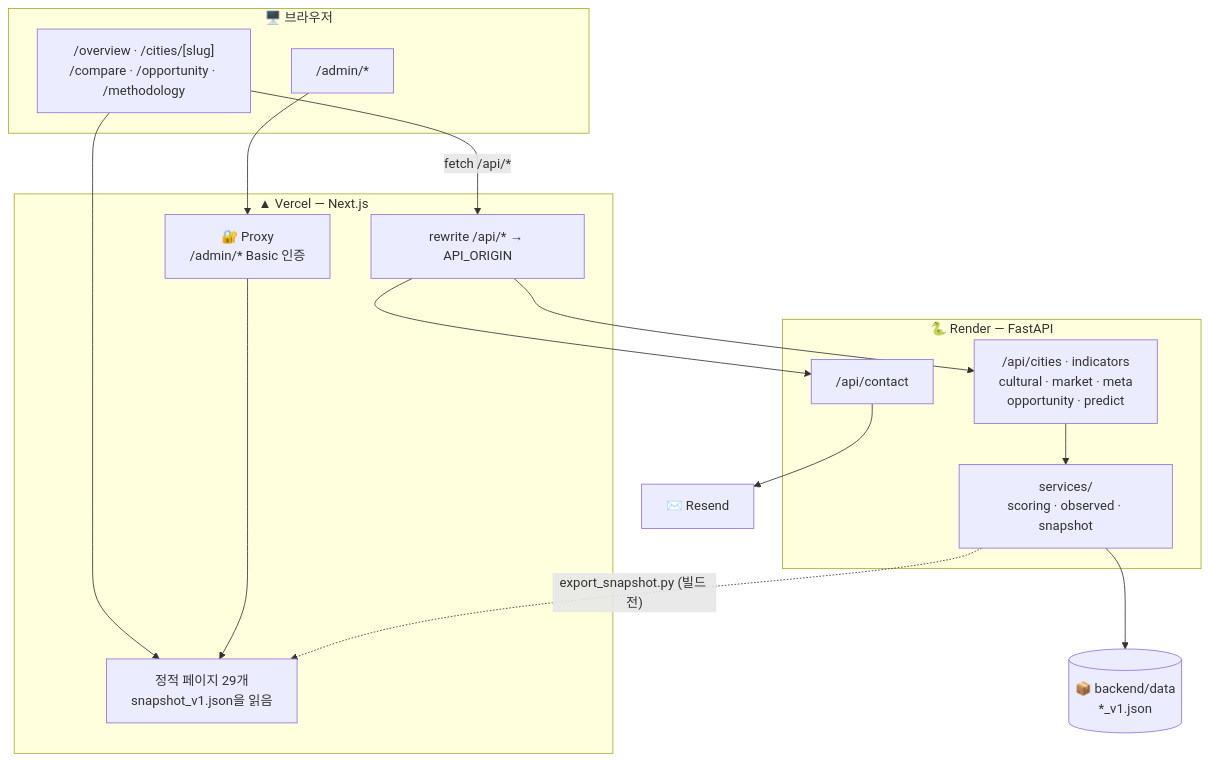
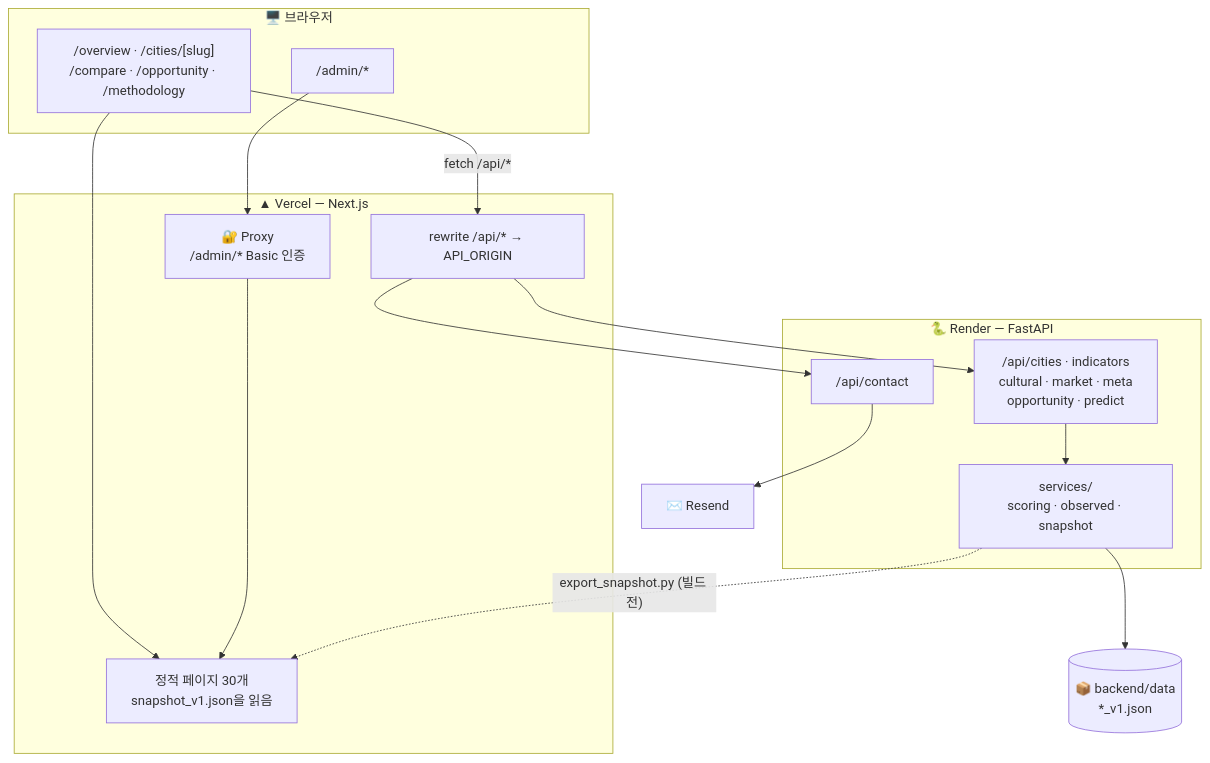
The first of 6 diagrams in README.md (beang66/art-city-intelligence), drawn with Mermaid before and after one commit. The commit also changed other lines of this file and 18 other files, not shown here.

````diff
--- a/README.md
+++ b/README.md
@@ -140,25 +140,25 @@
 ```mermaid
 flowchart TB
     subgraph Client["🖥️ 브라우저"]
         PG["/overview · /cities/[slug]<br>/compare · /opportunity · /methodology"]
         AD["/admin/*"]
     end
     subgraph Vercel["▲ Vercel — Next.js"]
         PX["🔐 Proxy<br>/admin/* Basic 인증"]
-        SSG["정적 페이지 29개<br>snapshot_v1.json을 읽음"]
+        SSG["정적 페이지 30개<br>snapshot_v1.json을 읽음"]
         RW["rewrite /api/* → API_ORIGIN"]
     end
     subgraph Render["🐍 Render — FastAPI"]
         R1["/api/cities · indicators<br>cultural · market · meta<br>opportunity · predict"]
         R2["/api/contact"]
         SV["services/<br>scoring · observed · snapshot"]
     end
     D[("📦 backend/data<br>*_v1.json")]
     RS["✉️ Resend"]
     PG --> SSG
     AD --> PX --> SSG
     PG -- "fetch /api/*" --> RW --> R1 & R2
     R1 --> SV --> D
     R2 --> RS
     SV -. "export_snapshot.py (빌드 전)" .-> SSG
 ```
````
